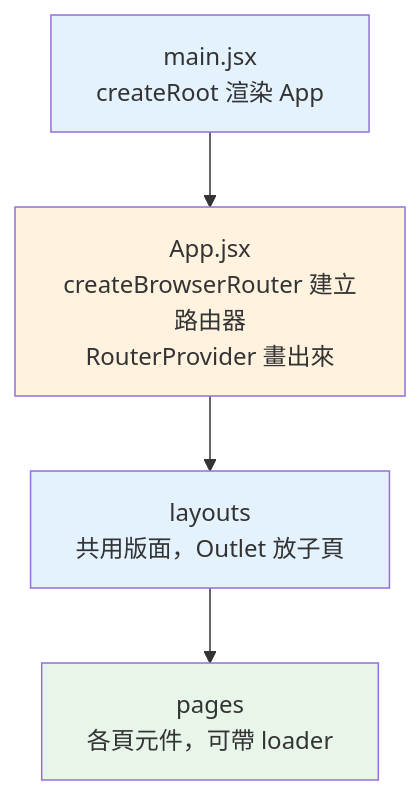
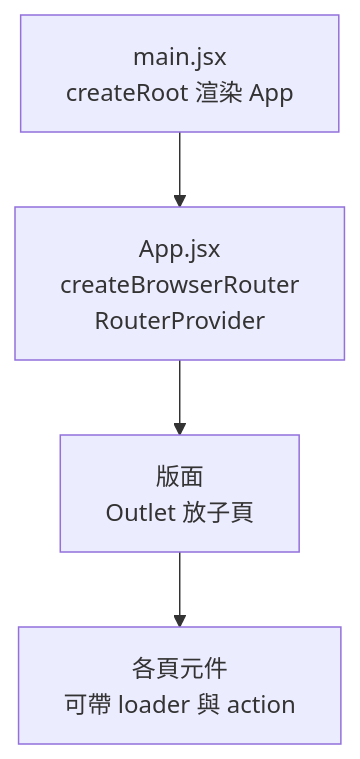
One commit to summer10920/summer10920.github.io changed the third of 17 diagrams in source/_posts/lokiTech-15day-11-react-router.md. Above: the diagram before and after it, drawn with Mermaid. The commit also changed other lines of this file and 3 other files, not shown here.

```diff
--- a/source/_posts/lokiTech-15day-11-react-router.md
+++ b/source/_posts/lokiTech-15day-11-react-router.md
@@ -113,13 +99,9 @@
 {% mermaid graph TD %}
   entry["main.jsx<br/>createRoot 渲染 App"]
-  routes["App.jsx<br/>createBrowserRouter 建立路由器<br/>RouterProvider 畫出來"]
-  layout["layouts<br/>共用版面，Outlet 放子頁"]
-  page["pages<br/>各頁元件，可帶 loader"]
+  routes["App.jsx<br/>createBrowserRouter<br/>RouterProvider"]
+  layout["版面<br/>Outlet 放子頁"]
+  page["各頁元件<br/>可帶 loader 與 action"]
   entry --> routes
   routes --> layout
   layout --> page
-  style entry fill:#e3f2fd
-  style routes fill:#fff3e0
-  style layout fill:#e3f2fd
-  style page fill:#e8f5e9
 {% endmermaid %}
```
